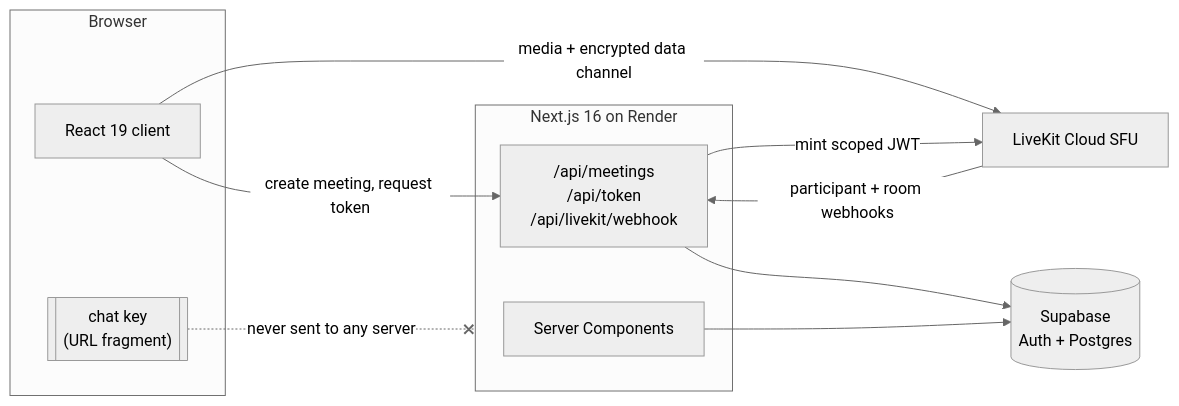
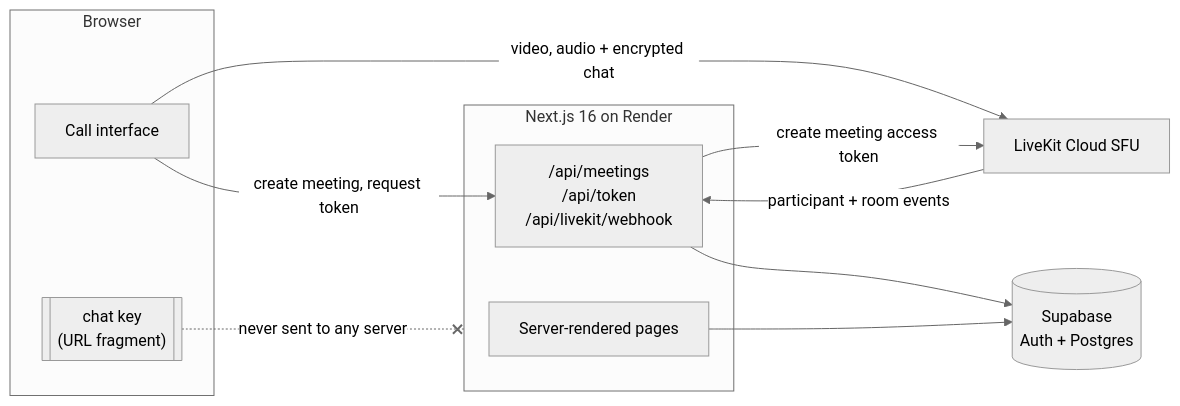
One commit to SidVaidya2005/VideoCircle changed the diagram in README.md. Above: the diagram before and after it, drawn with Mermaid (neutral theme). The commit also changed other lines of this file, not shown here.

````diff
--- a/README.md
+++ b/README.md
@@ -118,23 +111,23 @@
 ```mermaid
 flowchart LR
     subgraph Browser
-        UI[React 19 client]
+        UI[Call interface]
         KEY[["chat key<br/>(URL fragment)"]]
     end
 
     subgraph Server["Next.js 16 on Render"]
-        RSC[Server Components]
+        RSC[Server-rendered pages]
         API["/api/meetings<br>/api/token<br>/api/livekit/webhook"]
     end
 
     LK["LiveKit Cloud SFU"]
     DB[("Supabase<br>Auth + Postgres")]
 
     UI -->|"create meeting, request token"| API
-    UI -->|"media + encrypted data channel"| LK
-    API -->|"mint scoped JWT"| LK
-    LK -->|"participant + room webhooks"| API
+    UI -->|"video, audio + encrypted chat"| LK
+    API -->|"create meeting access token"| LK
+    LK -->|"participant + room events"| API
     API --> DB
     RSC --> DB
     KEY -.-x|"never sent to any server"| Server
 ```
````
